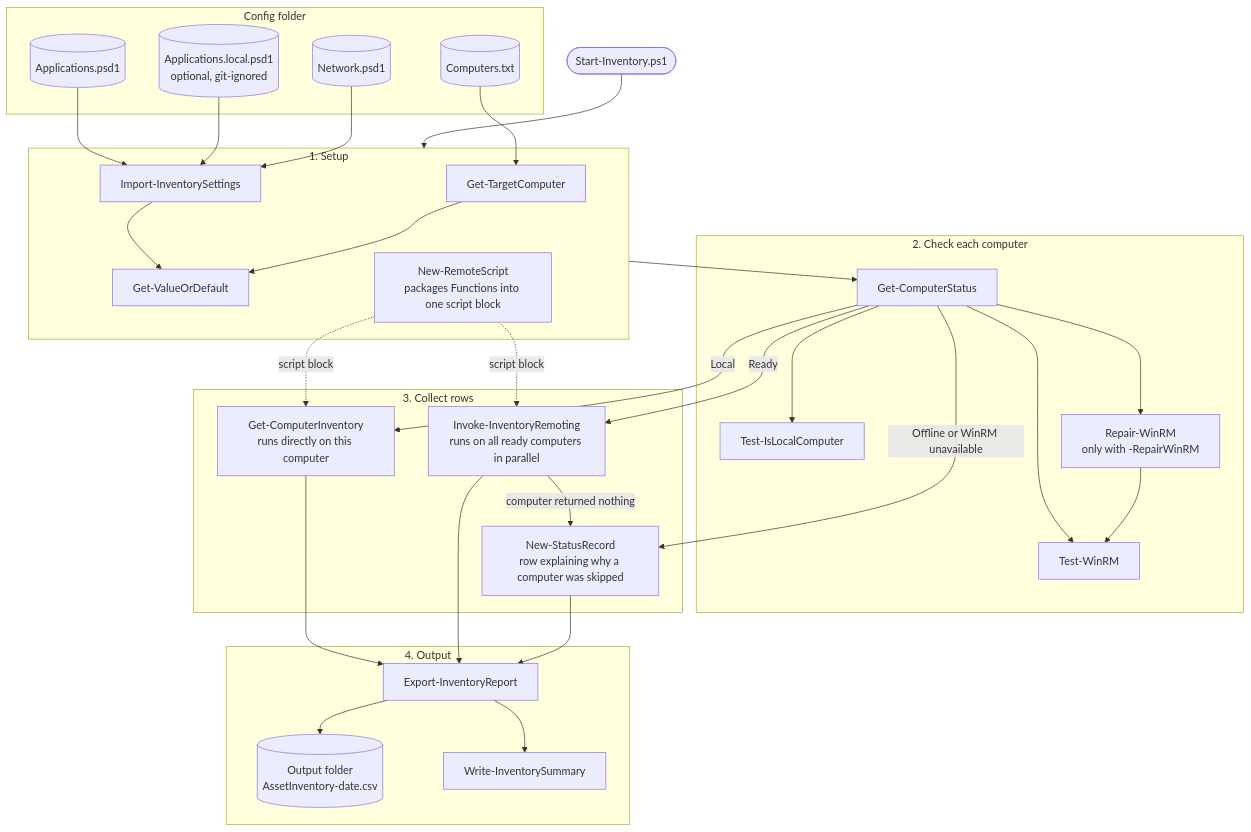
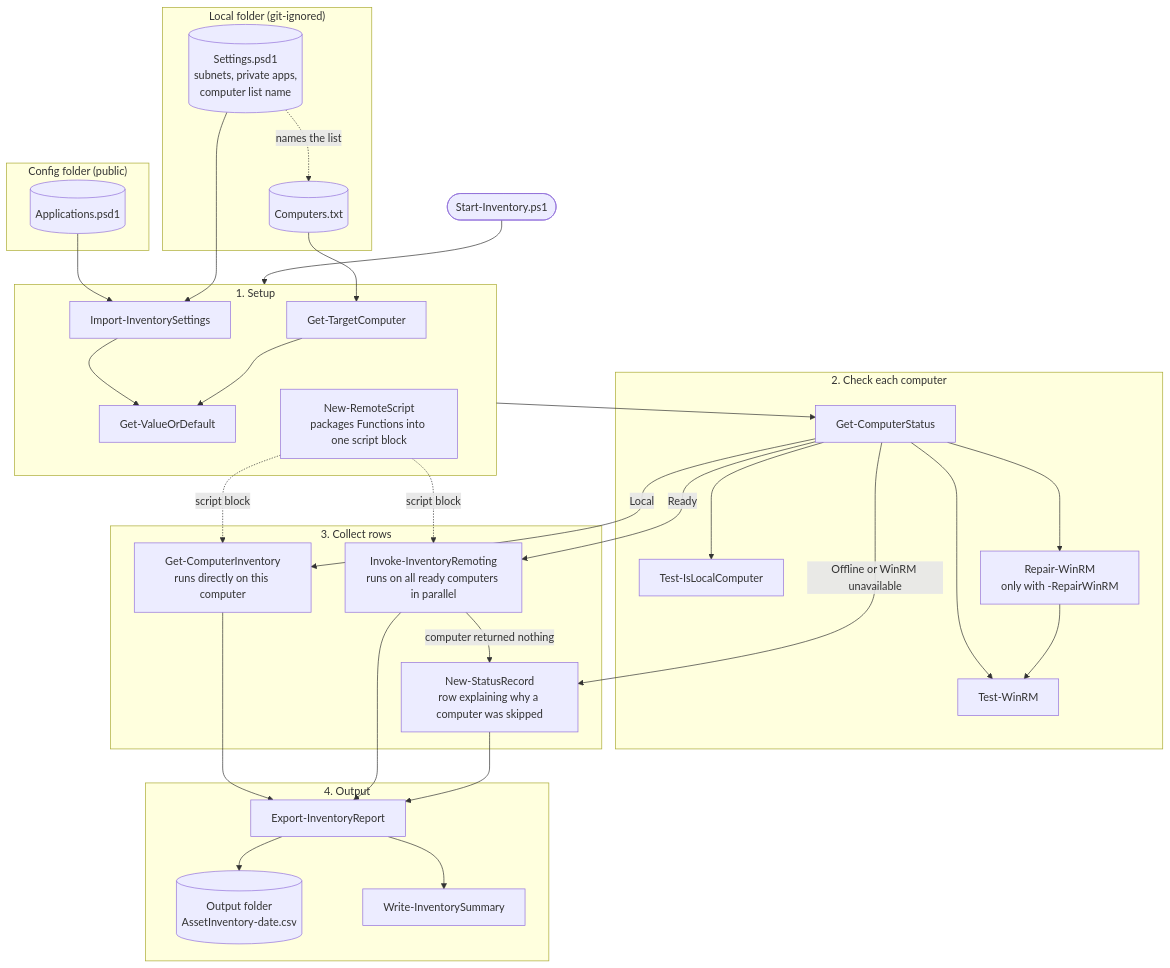
One commit to Shawn-Nichol/PowerShell-Asset-Inventory changed the first of 2 diagrams in README.md. Above: the diagram before and after it, drawn with Mermaid. The commit also changed other lines of this file and 12 other files, not shown here.

First line of the commit message:
Move internal settings to a git-ignored Local folder and add IP columns

````diff
--- a/README.md
+++ b/README.md
@@ -134,64 +145,66 @@
 ```mermaid
 flowchart TD
     Start(["Start-Inventory.ps1"])
 
-    subgraph Config["Config folder"]
+    subgraph Config["Config folder (public)"]
         Apps[("Applications.psd1")]
-        LocalApps[("Applications.local.psd1<br/>optional, git-ignored")]
-        Net[("Network.psd1")]
+    end
+
+    subgraph Local["Local folder (git-ignored)"]
+        LocalSettings[("Settings.psd1<br/>subnets, private apps,<br/>computer list name")]
         List[("Computers.txt")]
     end
 
     subgraph Setup["1. Setup"]
         Import["Import-InventorySettings"]
         Targets["Get-TargetComputer"]
         Default["Get-ValueOrDefault"]
         Package["New-RemoteScript<br/>packages Functions into one script block"]
     end
 
     subgraph Check["2. Check each computer"]
         Status["Get-ComputerStatus"]
         IsLocal["Test-IsLocalComputer"]
         WinRM["Test-WinRM"]
         Repair["Repair-WinRM<br/>only with -RepairWinRM"]
     end
 
     subgraph Collect["3. Collect rows"]
         LocalRun["Get-ComputerInventory<br/>runs directly on this computer"]
         Remoting["Invoke-InventoryRemoting<br/>runs on all ready computers in parallel"]
         StatusRec["New-StatusRecord<br/>row explaining why a computer was skipped"]
     end
 
     subgraph Output["4. Output"]
         Export["Export-InventoryReport"]
         Csv[("Output folder<br/>AssetInventory-date.csv")]
         Summary["Write-InventorySummary"]
     end
 
     Start --> Setup
     Apps --> Import
-    LocalApps --> Import
-    Net --> Import
+    LocalSettings --> Import
+    LocalSettings -.->|names the list| List
     List --> Targets
     Import --> Default
     Targets --> Default
 
     Setup --> Status
     Status --> IsLocal
     Status --> WinRM
     Status --> Repair
     Repair --> WinRM
 
     Status -->|Local| LocalRun
     Status -->|Ready| Remoting
     Status -->|Offline or WinRM unavailable| StatusRec
     Remoting -->|computer returned nothing| StatusRec
     Package -.->|script block| LocalRun
     Package -.->|script block| Remoting
 
     LocalRun --> Export
     Remoting --> Export
     StatusRec --> Export
     Export --> Csv
     Export --> Summary
 ```
````
